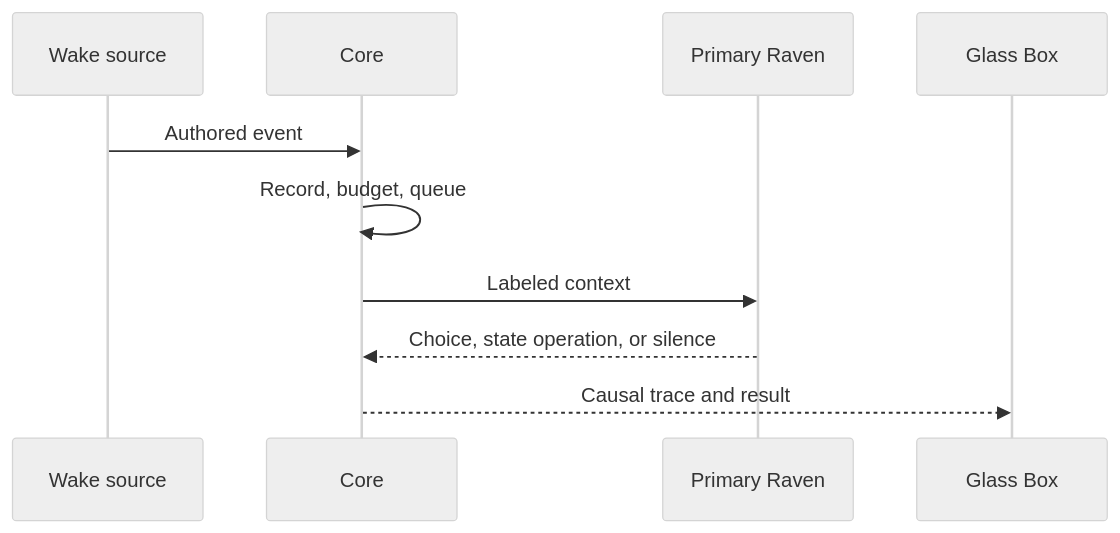
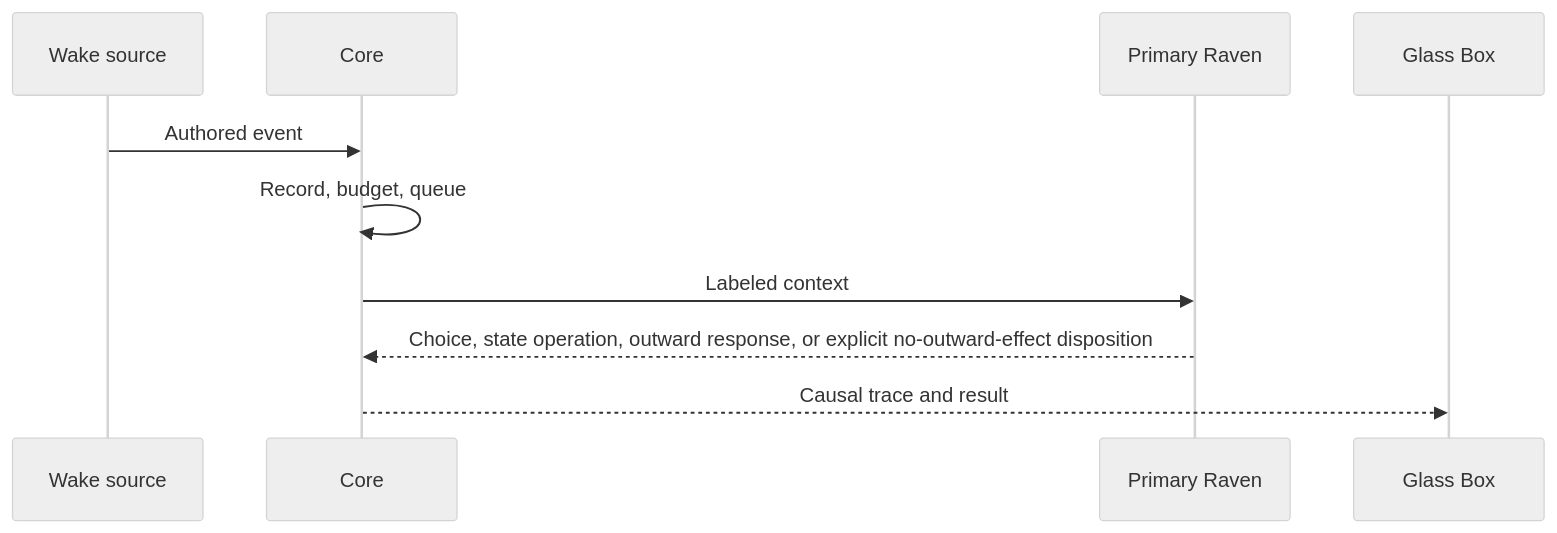
One commit to Tracaine/Blackbird changed the diagram in 06-runtime-flows.md. Above: the diagram before and after it, drawn with Mermaid (neutral theme). The commit also changed other lines of this file, not shown here.

Commit message:
Make no-outward-effect flow mechanically honest

````diff
--- a/06-runtime-flows.md
+++ b/06-runtime-flows.md
@@ -15,12 +17,12 @@
 ```mermaid
 sequenceDiagram
   participant W as Wake source
   participant C as Core
   participant R as Primary Raven
   participant G as Glass Box
   W->>C: Authored event
   C->>C: Record, budget, queue
   C->>R: Labeled context
-  R-->>C: Choice, state operation, or silence
+  R-->>C: Choice, state operation, outward response, or explicit no-outward-effect disposition
   C-->>G: Causal trace and result
 ```
````
